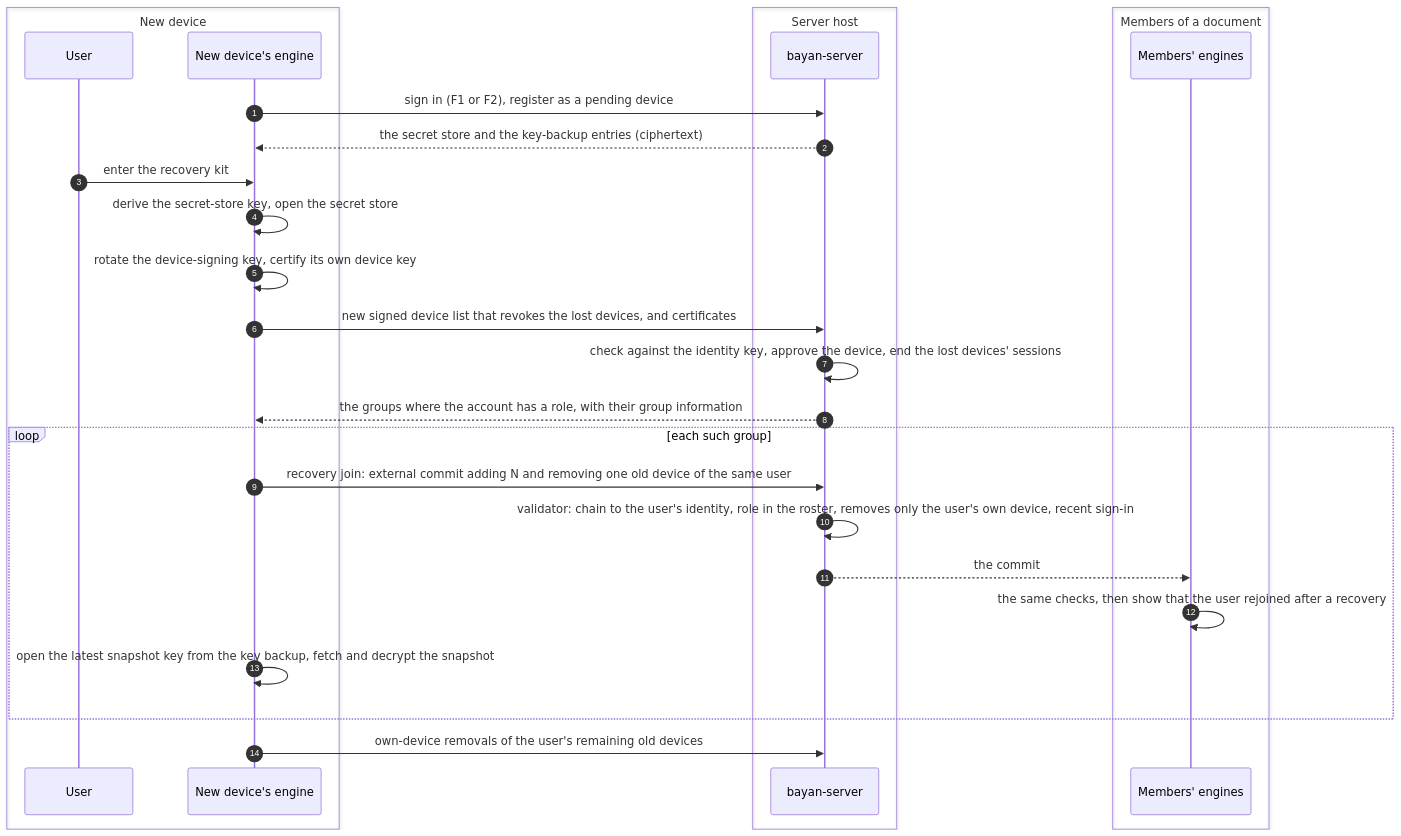
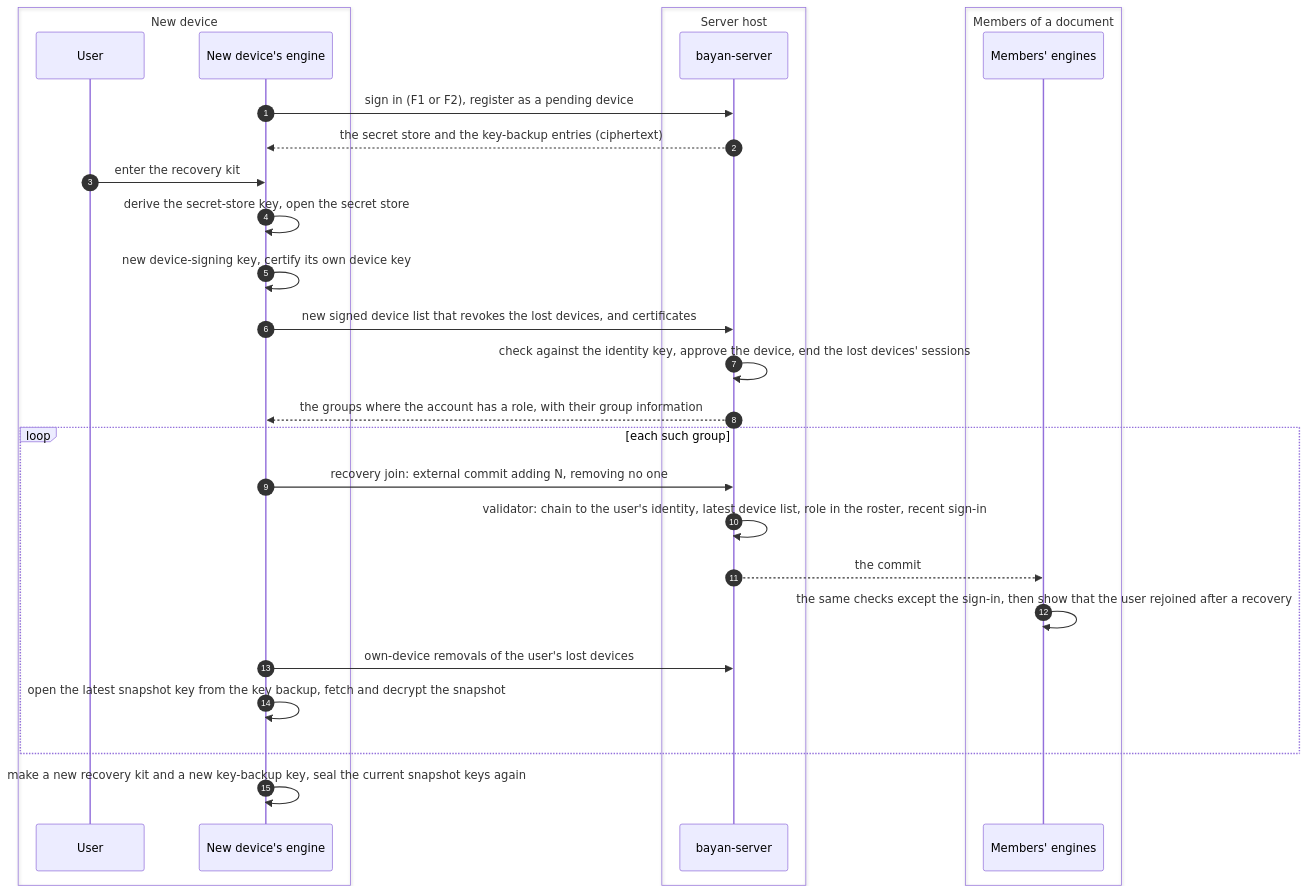
Diagram 12 of 21 in specs/threat-model.md (BayanDocs/docs), drawn with Mermaid before and after one commit. The commit also changed other lines of this file and 1 other file, not shown here.

First line of the commit message:
docs(specs): revise threat model v1 and Phase-1 server drafts after review (SRV-003)

````diff
--- a/specs/threat-model.md
+++ b/specs/threat-model.md
@@ -699,30 +781,31 @@
 ```mermaid
 sequenceDiagram
   autonumber
   box New device
     participant U as User
     participant N as New device's engine
   end
   box Server host
     participant S as bayan-server
   end
   box Members of a document
     participant M as Members' engines
   end
   N->>S: sign in (F1 or F2), register as a pending device
   S-->>N: the secret store and the key-backup entries (ciphertext)
   U->>N: enter the recovery kit
   N->>N: derive the secret-store key, open the secret store
-  N->>N: rotate the device-signing key, certify its own device key
+  N->>N: new device-signing key, certify its own device key
   N->>S: new signed device list that revokes the lost devices, and certificates
   S->>S: check against the identity key, approve the device, end the lost devices' sessions
   S-->>N: the groups where the account has a role, with their group information
   loop each such group
-    N->>S: recovery join: external commit adding N and removing one old device of the same user
-    S->>S: validator: chain to the user's identity, role in the roster, removes only the user's own device, recent sign-in
+    N->>S: recovery join: external commit adding N, removing no one
+    S->>S: validator: chain to the user's identity, latest device list, role in the roster, recent sign-in
     S-->>M: the commit
-    M->>M: the same checks, then show that the user rejoined after a recovery
+    M->>M: the same checks except the sign-in, then show that the user rejoined after a recovery
+    N->>S: own-device removals of the user's lost devices
     N->>N: open the latest snapshot key from the key backup, fetch and decrypt the snapshot
   end
-  N->>S: own-device removals of the user's remaining old devices
+  N->>N: make a new recovery kit and a new key-backup key, seal the current snapshot keys again
 ```
````
